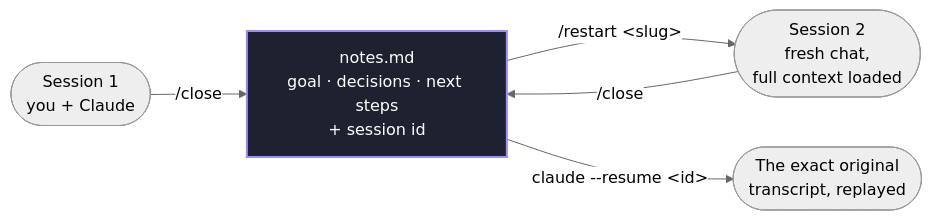
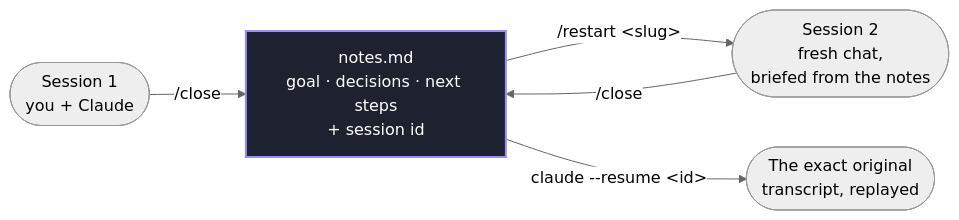
The diagram in README.md (t-mercier/ai-agents-orchestrator), drawn with Mermaid (neutral theme) before and after one commit. The commit also changed other lines of this file and 4 other files, not shown here.

First line of the commit message:
feat: add-session search; clearer restart diagram; README version badge

````diff
--- a/README.md
+++ b/README.md
@@ -118,9 +119,9 @@
 ```mermaid
 flowchart LR
     S1(["Session 1<br/>you + Claude"]) -->|/close| N["notes.md<br/>goal · decisions · next steps<br/>+ session id"]
-    N -->|"/restart &lt;slug&gt;"| S2(["Session 2<br/>fresh chat,<br/>full context loaded"])
+    N -->|"/restart &lt;slug&gt;"| S2(["Session 2<br/>fresh chat,<br/>briefed from the notes"])
     N -->|"claude --resume &lt;id&gt;"| R(["The exact original<br/>transcript, replayed"])
     S2 -->|/close| N
     classDef disk fill:#1e2230,stroke:#9b8cff,stroke-width:2px,color:#fff;
     class N disk;
 ```
````
